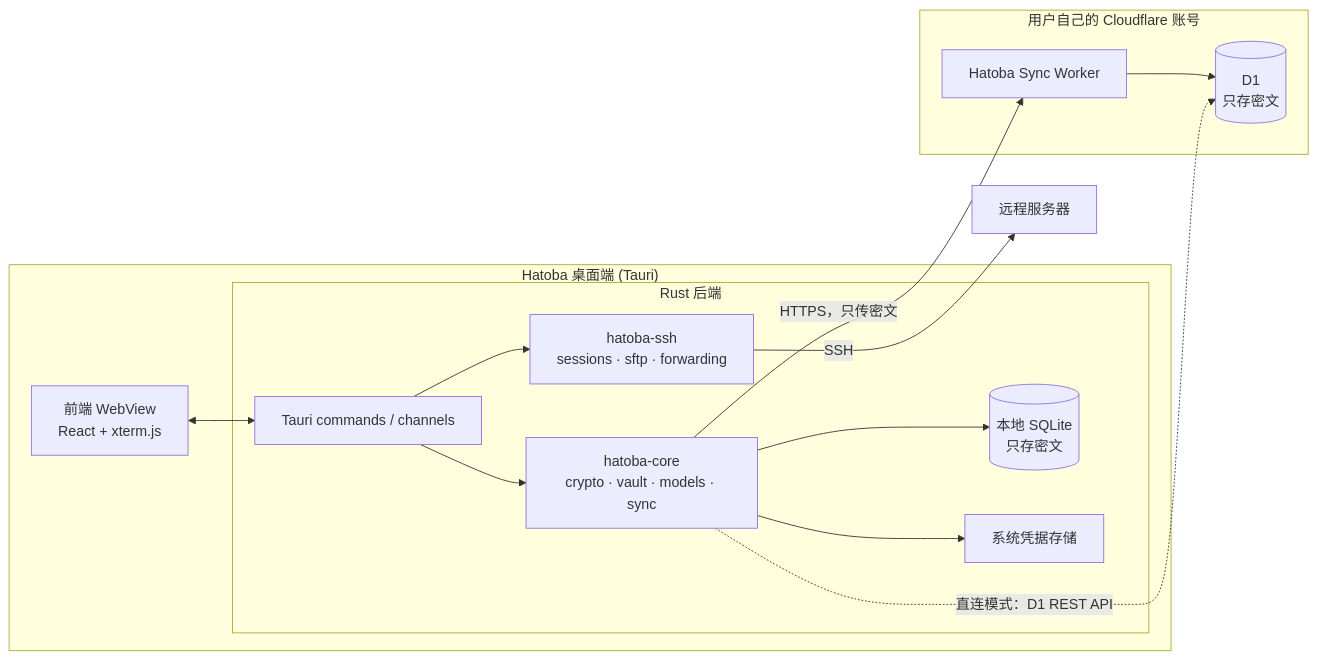
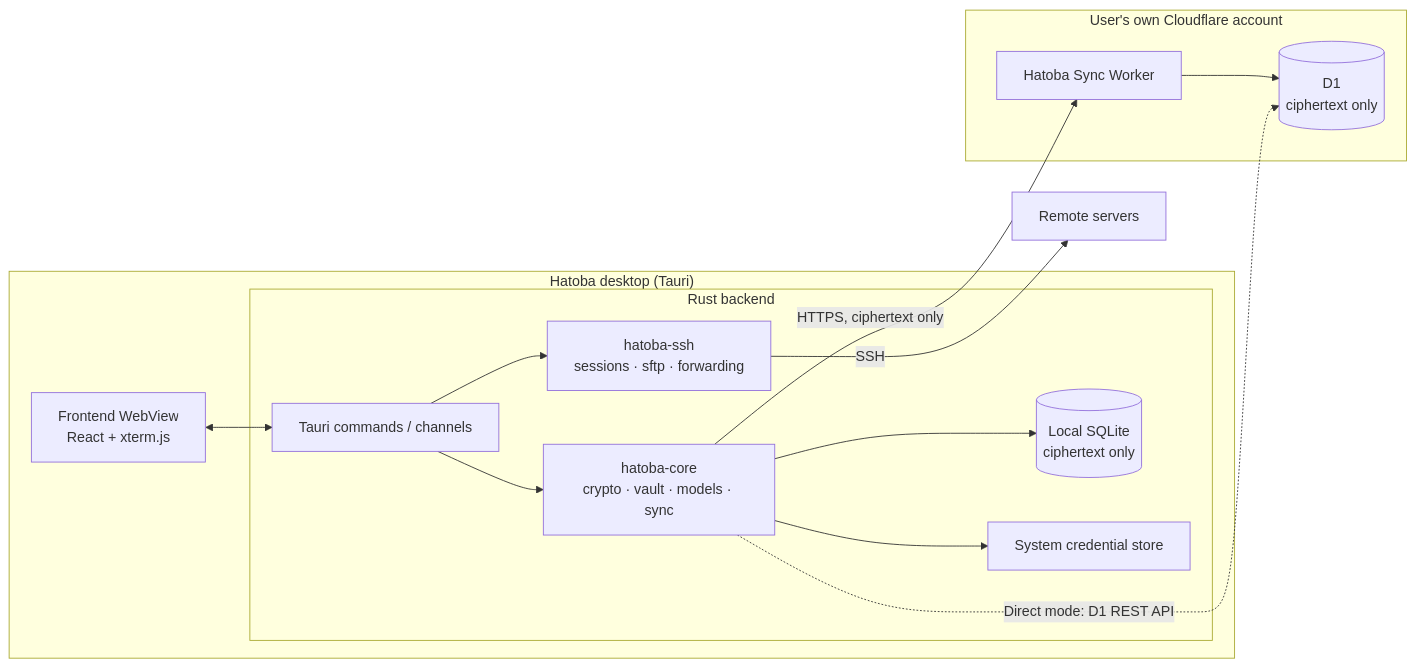
One commit to QingYunA/Hatoba changed the diagram in docs/hatoba-spec.md. Above: the diagram before and after it, drawn with Mermaid. The commit also changed other lines of this file and 13 other files, not shown here.

````diff
--- a/docs/hatoba-spec.md
+++ b/docs/hatoba-spec.md
@@ -55,26 +55,26 @@
 ```mermaid
 flowchart LR
-  subgraph Desktop["Hatoba 桌面端 (Tauri)"]
-    UI["前端 WebView<br/>React + xterm.js"]
-    subgraph Rust["Rust 后端"]
+  subgraph Desktop["Hatoba desktop (Tauri)"]
+    UI["Frontend WebView<br/>React + xterm.js"]
+    subgraph Rust["Rust backend"]
       CMD["Tauri commands / channels"]
       CORE["hatoba-core<br/>crypto · vault · models · sync"]
       SSH["hatoba-ssh<br/>sessions · sftp · forwarding"]
-      DB[("本地 SQLite<br/>只存密文")]
-      KC["系统凭据存储"]
+      DB[("Local SQLite<br/>ciphertext only")]
+      KC["System credential store"]
     end
   end
-  subgraph CF["用户自己的 Cloudflare 账号"]
+  subgraph CF["User's own Cloudflare account"]
     W["Hatoba Sync Worker"]
-    D1[("D1<br/>只存密文")]
+    D1[("D1<br/>ciphertext only")]
   end
   UI <--> CMD
   CMD --> CORE
   CMD --> SSH
   CORE --> DB
   CORE --> KC
-  SSH -->|SSH| Servers["远程服务器"]
-  CORE -->|HTTPS，只传密文| W
+  SSH -->|SSH| Servers["Remote servers"]
+  CORE -->|HTTPS, ciphertext only| W
   W --> D1
-  CORE -.->|直连模式：D1 REST API| D1
+  CORE -.->|Direct mode: D1 REST API| D1
 ```
````
